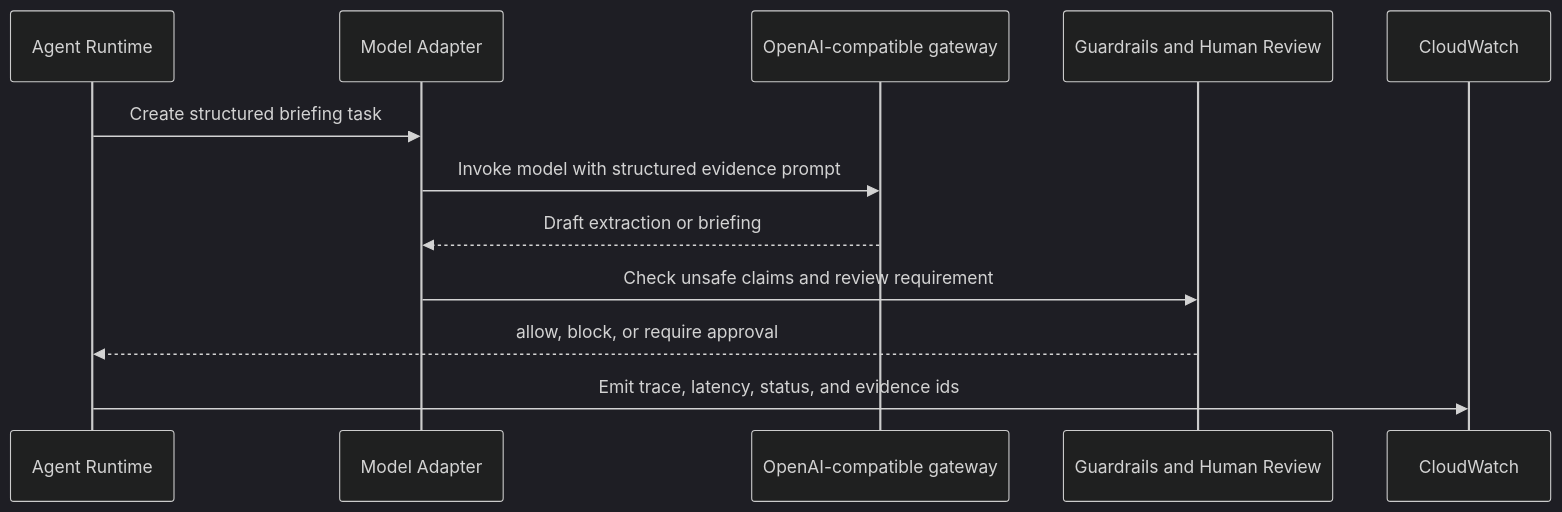
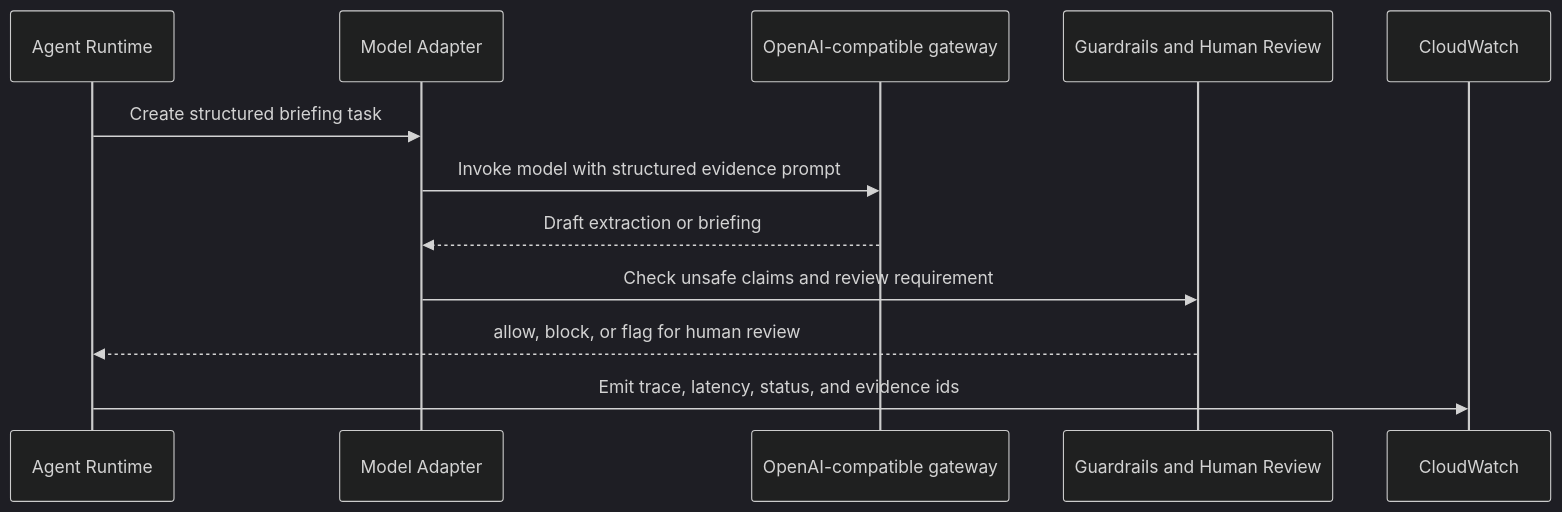
Before and after one commit to Capitano00/3D-RAMS: the sixth of 9 diagrams in docs/architecture.md, drawn with Mermaid (dark theme). The commit also changed other lines of this file and 1 other file, not shown here.

Commit message:
Retire approval workflow wording in docs

````diff
--- a/docs/architecture.md
+++ b/docs/architecture.md
@@ -134,15 +134,15 @@
 ```mermaid
 sequenceDiagram
     participant A as Agent Runtime
     participant Adapter as Model Adapter
     participant Gateway as OpenAI-compatible gateway
     participant Safety as Guardrails and Human Review
     participant Obs as CloudWatch
 
     A->>Adapter: Create structured briefing task
     Adapter->>Gateway: Invoke model with structured evidence prompt
     Gateway-->>Adapter: Draft extraction or briefing
     Adapter->>Safety: Check unsafe claims and review requirement
-    Safety-->>A: allow, block, or require approval
+    Safety-->>A: allow, block, or flag for human review
     A->>Obs: Emit trace, latency, status, and evidence ids
 ```
````
